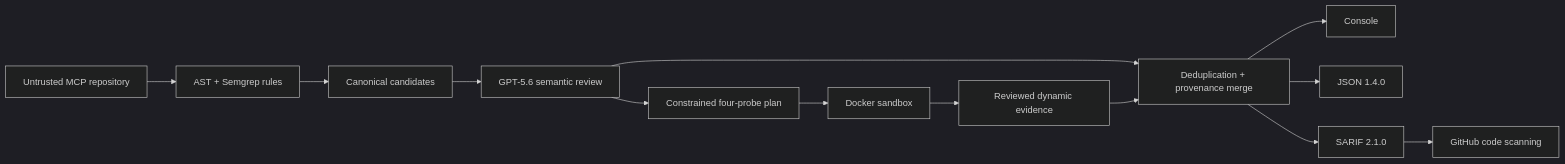
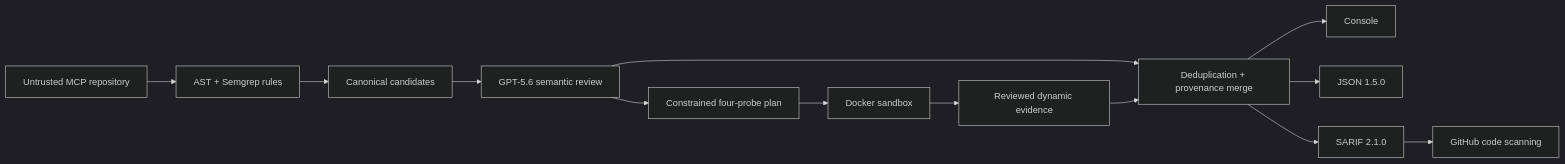
Before and after one commit to BashaarJavaid/MCP-Sentinel: the diagram in README.md, drawn with Mermaid (dark theme). The commit also changed other lines of this file and 120 other files, not shown here.

````diff
--- a/README.md
+++ b/README.md
@@ -130,15 +135,15 @@
 ```mermaid
 flowchart LR
     A[Untrusted MCP repository] --> B[AST + Semgrep rules]
     B --> C[Canonical candidates]
     C --> D[GPT-5.6 semantic review]
     D --> E[Constrained four-probe plan]
     E --> F[Docker sandbox]
     F --> G[Reviewed dynamic evidence]
     D --> H[Deduplication + provenance merge]
     G --> H
     H --> I[Console]
-    H --> J[JSON 1.4.0]
+    H --> J[JSON 1.5.0]
     H --> K[SARIF 2.1.0]
     K --> L[GitHub code scanning]
 ```
````
